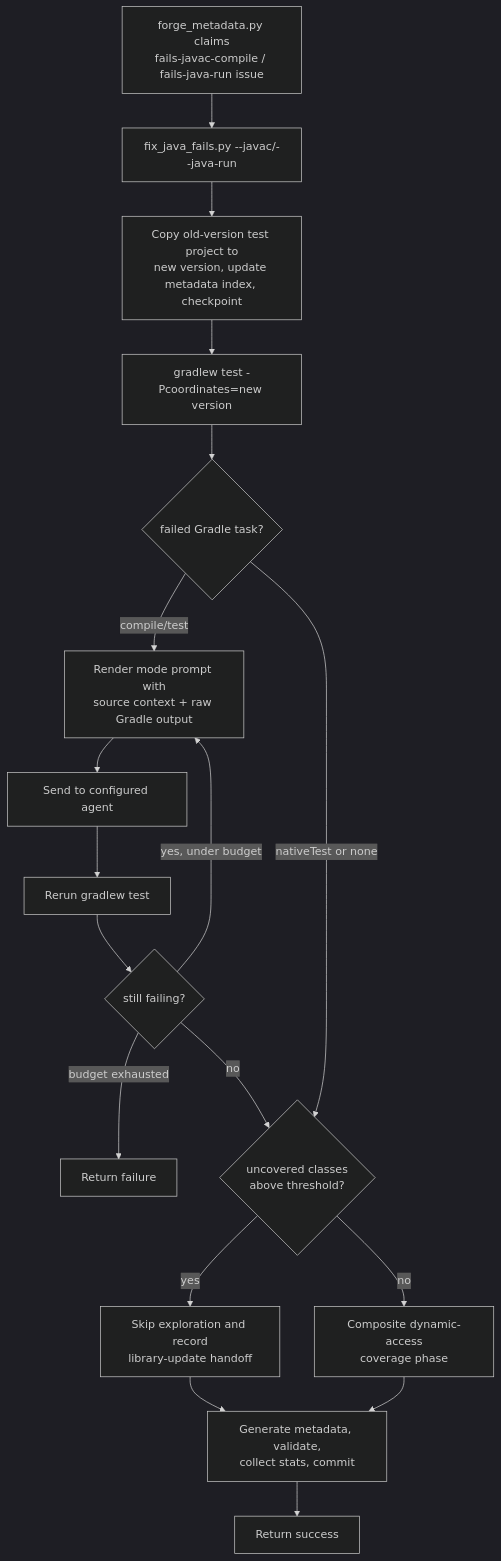
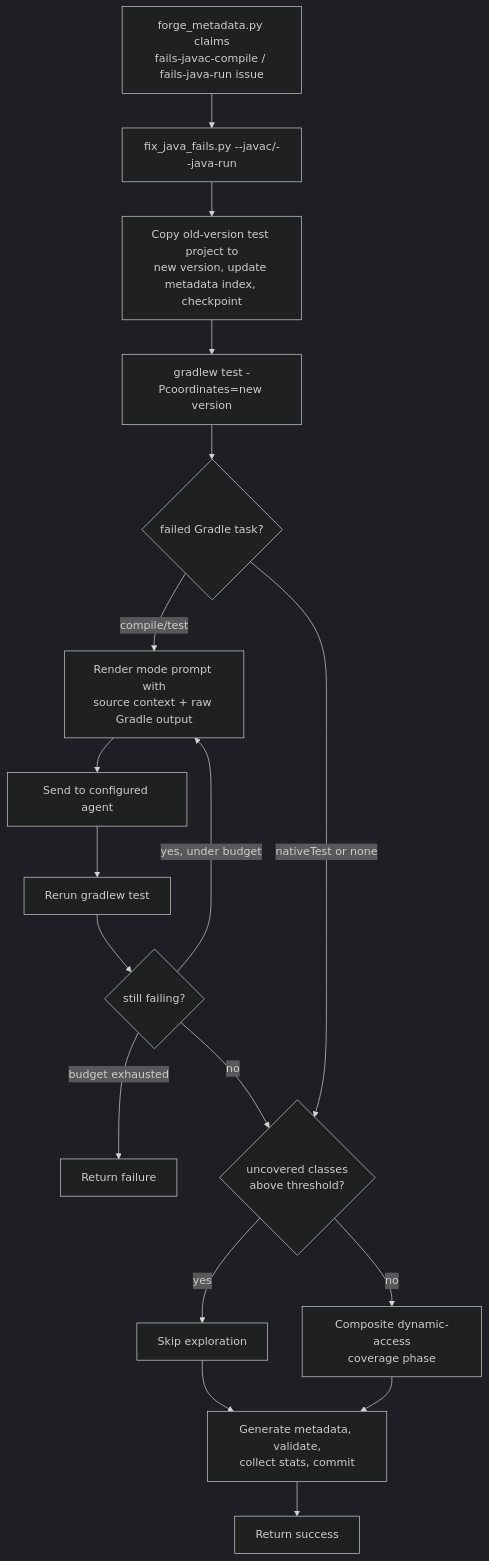
The diagram in forge/docs/workflows/java-fail-fix.md (oracle/graalvm-reachability-metadata), drawn with Mermaid (dark theme) before and after one commit. The commit also changed other lines of this file and 17 other files, not shown here.

````diff
--- a/forge/docs/workflows/java-fail-fix.md
+++ b/forge/docs/workflows/java-fail-fix.md
@@ -89,20 +89,20 @@
 ```mermaid
 flowchart TD
     Claim[forge_metadata.py claims<br/>fails-javac-compile / fails-java-run issue] --> Driver[fix_java_fails.py --javac/--java-run]
     Driver --> Prep[Copy old-version test project to<br/>new version, update metadata index, checkpoint]
     Prep --> Test[gradlew test -Pcoordinates=new version]
     Test --> Failed{failed Gradle task?}
     Failed -- compile/test --> Prompt[Render mode prompt with<br/>source context + raw Gradle output]
     Prompt --> Agent[Send to configured agent]
     Agent --> Retest[Rerun gradlew test]
     Retest --> Failed2{still failing?}
     Failed2 -- yes, under budget --> Prompt
     Failed2 -- budget exhausted --> Fail[Return failure]
     Failed2 -- no --> CoverageSize{uncovered classes<br/>above threshold?}
     Failed -- nativeTest or none --> CoverageSize
-    CoverageSize -- yes --> Handoff[Skip exploration and record<br/>library-update handoff]
+    CoverageSize -- yes --> Defer[Skip exploration]
     CoverageSize -- no --> Coverage[Composite dynamic-access<br/>coverage phase]
-    Handoff --> Finalize
+    Defer --> Finalize
     Coverage --> Finalize[Generate metadata, validate,<br/>collect stats, commit]
     Finalize --> Success[Return success]
 ```
````
